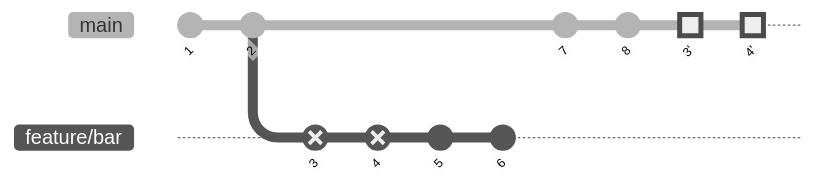
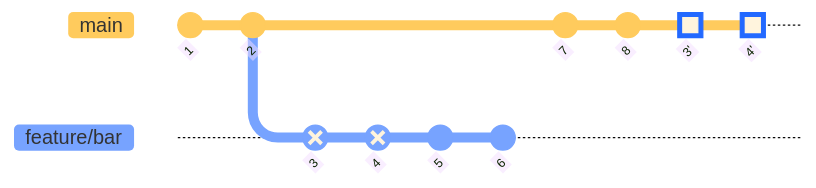
Before and after one commit to maquinadeturing/lamaquinadeturing.su: the fourth of 5 diagrams in _posts/en/2024-10-05-git-rebase-onto.markdown, drawn with Mermaid. The commit also changed other lines of this file and 2 other files, not shown here.

Commit message:
Replace Mermaid code with SVG during build

```diff
--- a/_posts/en/2024-10-05-git-rebase-onto.markdown
+++ b/_posts/en/2024-10-05-git-rebase-onto.markdown
@@ -116,17 +111,17 @@
 <pre class="mermaid">
-%%{init: { 'theme': 'neutral' } }%%
+%%{init: { 'theme': 'base', 'themeVariables': {'git0': '#ffcb5d', 'git1': '#77a3ff' } } }%%
 gitGraph
     commit id: "1"
     commit id: "2"
     branch feature/bar
     checkout feature/bar
     commit id: "3" type: REVERSE
     commit id: "4" type: REVERSE
     commit id: "5"
     commit id: "6"
     checkout main
     commit id: "7"
     commit id: "8"
     commit id: "3'" type: HIGHLIGHT
     commit id: "4'" type: HIGHLIGHT
 </pre>
```
